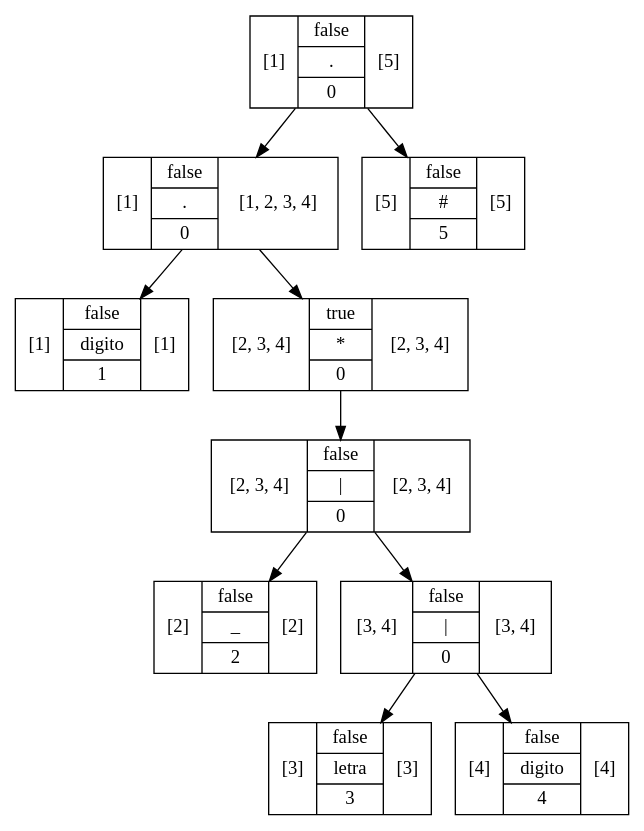
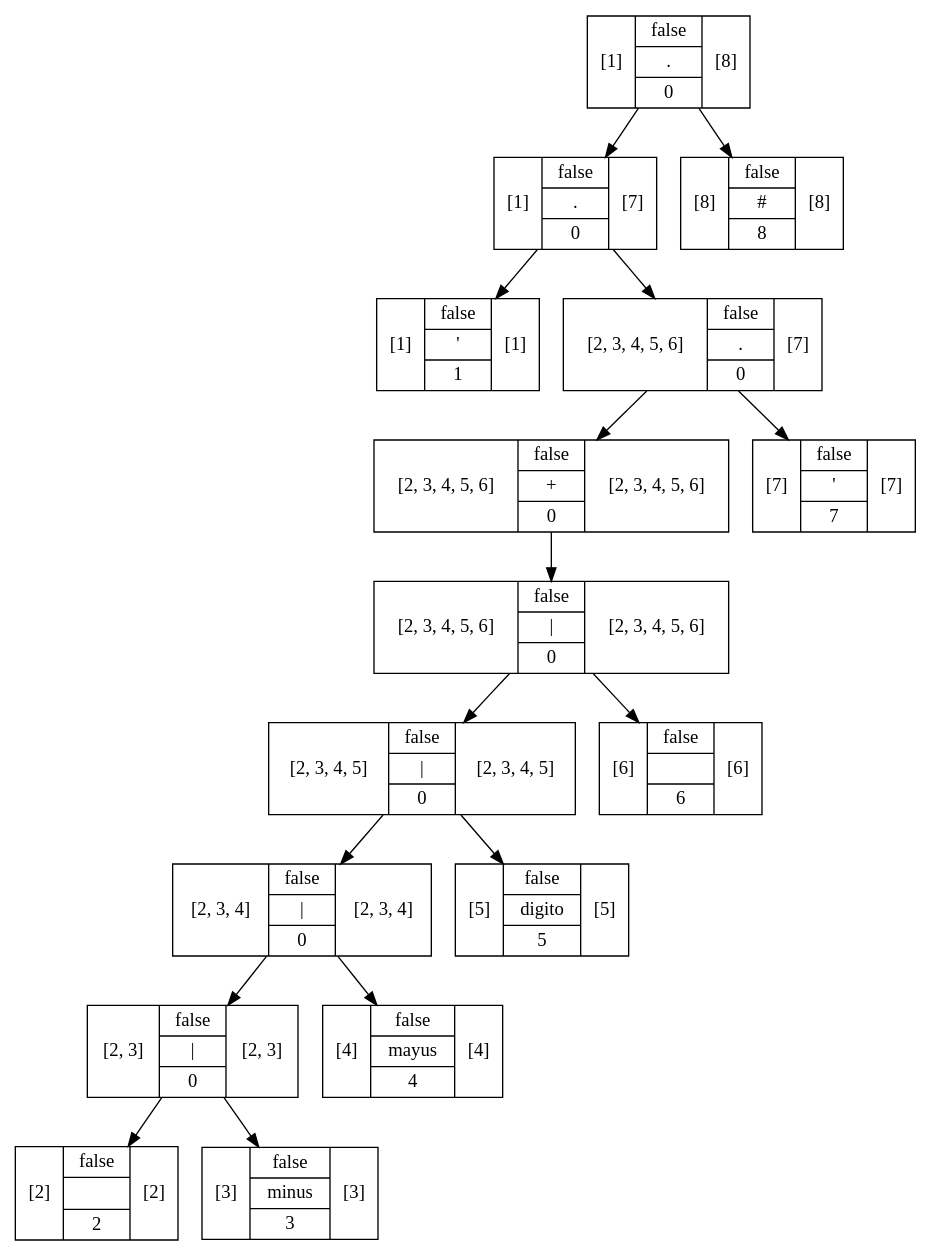
The diagram in out/production/Proyecto1/Graphviz/Arbol2.dot (RojasCJP/Proyecto1_Compi1), drawn with Graphviz before and after one commit. The commit also changed 437 other files, not shown here.

```diff
--- a/out/production/Proyecto1/Graphviz/Arbol2.dot
+++ b/out/production/Proyecto1/Graphviz/Arbol2.dot
@@ -1,21 +1,33 @@
 digraph structs {
-    node [shape=record];ArbolNodoMetodo5b8d5898[label="[1]|{false|{digito}|1}|[1]"];
-ArbolNodoMetodo22f0b85d[label="[2]|{false|{_}|2}|[2]"];
-ArbolNodoMetodo321b34d3[label="[3]|{false|{letra}|3}|[3]"];
-ArbolNodoMetodo7f7f7bc5[label="[4]|{false|{digito}|4}|[4]"];
-ArbolNodoMetodo4e87b52a[label="[3, 4]|{false|{\|}|0}|[3, 4]"];
-ArbolNodoMetodo4e87b52a -> ArbolNodoMetodo321b34d3;
-ArbolNodoMetodo4e87b52a -> ArbolNodoMetodo7f7f7bc5;
-ArbolNodoMetodo6992def7[label="[2, 3, 4]|{false|{\|}|0}|[2, 3, 4]"];
-ArbolNodoMetodo6992def7 -> ArbolNodoMetodo22f0b85d;
-ArbolNodoMetodo6992def7 -> ArbolNodoMetodo4e87b52a;
-ArbolNodoMetodo244c2ba[label="[2, 3, 4]|{true|{*}|0}|[2, 3, 4]"];
-ArbolNodoMetodo244c2ba -> ArbolNodoMetodo6992def7;
-ArbolNodoMetodo6e13064[label="[1]|{false|{.}|0}|[1, 2, 3, 4]"];
-ArbolNodoMetodo6e13064 -> ArbolNodoMetodo5b8d5898;
-ArbolNodoMetodo6e13064 -> ArbolNodoMetodo244c2ba;
-ArbolNodoMetodo75bcfb77[label="[5]|{false|{#}|5}|[5]"];
-ArbolNodoMetodoa26f651[label="[1]|{false|{.}|0}|[5]"];
-ArbolNodoMetodoa26f651 -> ArbolNodoMetodo6e13064;
-ArbolNodoMetodoa26f651 -> ArbolNodoMetodo75bcfb77;
+    node [shape=record];ArbolNodoMetodo1215191d[label="[1]|{false|{\'}|1}|[1]"];
+ArbolNodoMetodoc47eee4[label="[2]|{false|{\n}|2}|[2]"];
+ArbolNodoMetodo251b1f20[label="[3]|{false|{minus}|3}|[3]"];
+ArbolNodoMetodo48b3448a[label="[2, 3]|{false|{\|}|0}|[2, 3]"];
+ArbolNodoMetodo48b3448a -> ArbolNodoMetodoc47eee4;
+ArbolNodoMetodo48b3448a -> ArbolNodoMetodo251b1f20;
+ArbolNodoMetodo72d47170[label="[4]|{false|{mayus}|4}|[4]"];
+ArbolNodoMetodo41d78100[label="[2, 3, 4]|{false|{\|}|0}|[2, 3, 4]"];
+ArbolNodoMetodo41d78100 -> ArbolNodoMetodo48b3448a;
+ArbolNodoMetodo41d78100 -> ArbolNodoMetodo72d47170;
+ArbolNodoMetodo3c487405[label="[5]|{false|{digito}|5}|[5]"];
+ArbolNodoMetodo6e8df012[label="[2, 3, 4, 5]|{false|{\|}|0}|[2, 3, 4, 5]"];
+ArbolNodoMetodo6e8df012 -> ArbolNodoMetodo41d78100;
+ArbolNodoMetodo6e8df012 -> ArbolNodoMetodo3c487405;
+ArbolNodoMetodo3f035342[label="[6]|{false|{ }|6}|[6]"];
+ArbolNodoMetodo42211a23[label="[2, 3, 4, 5, 6]|{false|{\|}|0}|[2, 3, 4, 5, 6]"];
+ArbolNodoMetodo42211a23 -> ArbolNodoMetodo6e8df012;
+ArbolNodoMetodo42211a23 -> ArbolNodoMetodo3f035342;
+ArbolNodoMetodo3db6a63e[label="[2, 3, 4, 5, 6]|{false|{+}|0}|[2, 3, 4, 5, 6]"];
+ArbolNodoMetodo3db6a63e -> ArbolNodoMetodo42211a23;
+ArbolNodoMetodo3cbaccfa[label="[7]|{false|{\'}|7}|[7]"];
+ArbolNodoMetodo1986116c[label="[2, 3, 4, 5, 6]|{false|{.}|0}|[7]"];
+ArbolNodoMetodo1986116c -> ArbolNodoMetodo3db6a63e;
+ArbolNodoMetodo1986116c -> ArbolNodoMetodo3cbaccfa;
+ArbolNodoMetodo533cf07d[label="[1]|{false|{.}|0}|[7]"];
+ArbolNodoMetodo533cf07d -> ArbolNodoMetodo1215191d;
+ArbolNodoMetodo533cf07d -> ArbolNodoMetodo1986116c;
+ArbolNodoMetodo5b333b72[label="[8]|{false|{#}|8}|[8]"];
+ArbolNodoMetodo3104f1f2[label="[1]|{false|{.}|0}|[8]"];
+ArbolNodoMetodo3104f1f2 -> ArbolNodoMetodo533cf07d;
+ArbolNodoMetodo3104f1f2 -> ArbolNodoMetodo5b333b72;
 }
```
